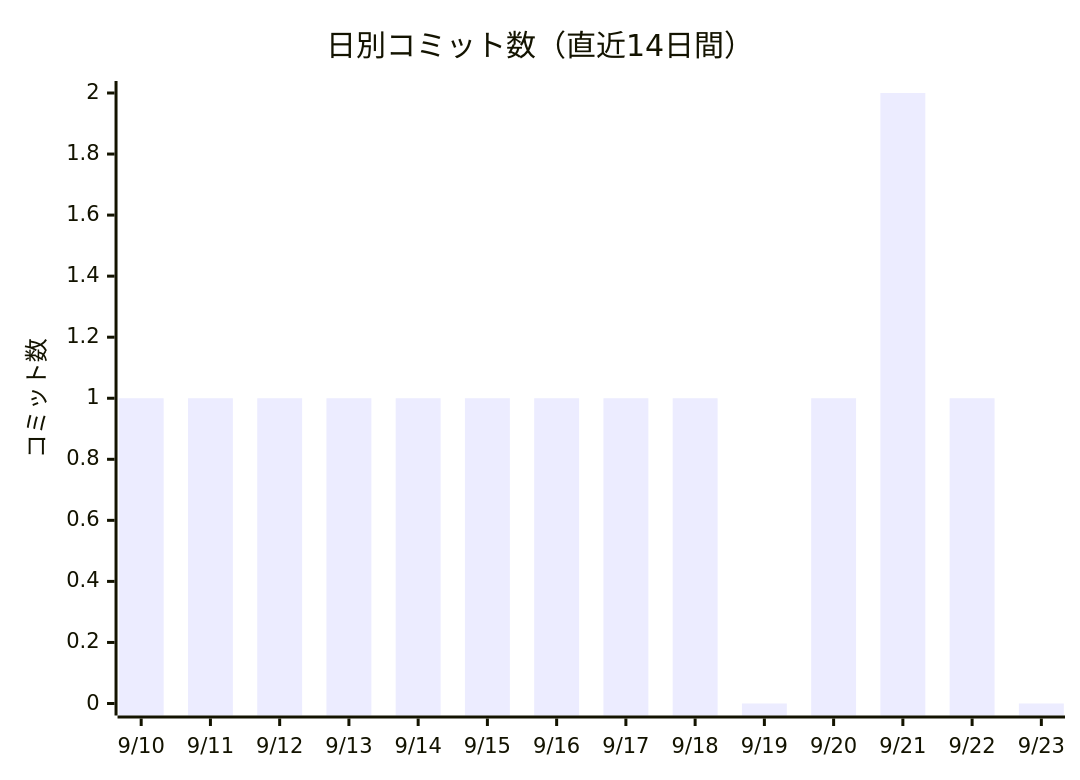
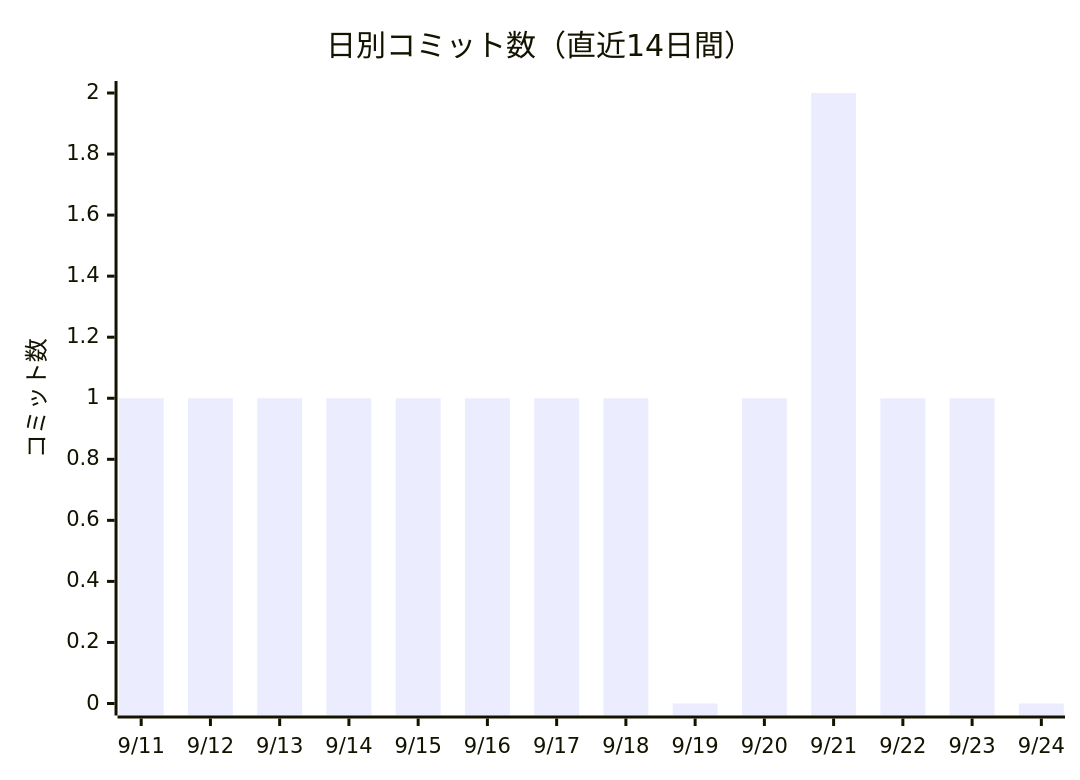
One commit to non-x2/non-x2 changed the first of 2 diagrams in docs/進化レポート.md. Above: the diagram before and after it, drawn with Mermaid. The commit also changed other lines of this file and 4 other files, not shown here.

First line of the commit message:
🧹 候補の掘り起こし3回目：⚙️自動で動くものの地図を照合してズレ3種類を修正

````diff
--- a/docs/進化レポート.md
+++ b/docs/進化レポート.md
@@ -23,7 +23,7 @@
 ```mermaid
 xychart-beta
     title "日別コミット数（直近14日間）"
-    x-axis ["9/10", "9/11", "9/12", "9/13", "9/14", "9/15", "9/16", "9/17", "9/18", "9/19", "9/20", "9/21", "9/22", "9/23"]
+    x-axis ["9/11", "9/12", "9/13", "9/14", "9/15", "9/16", "9/17", "9/18", "9/19", "9/20", "9/21", "9/22", "9/23", "9/24"]
     y-axis "コミット数"
-    bar [1, 1, 1, 1, 1, 1, 1, 1, 1, 0, 1, 2, 1, 0]
+    bar [1, 1, 1, 1, 1, 1, 1, 1, 0, 1, 2, 1, 1, 0]
 ```
````
